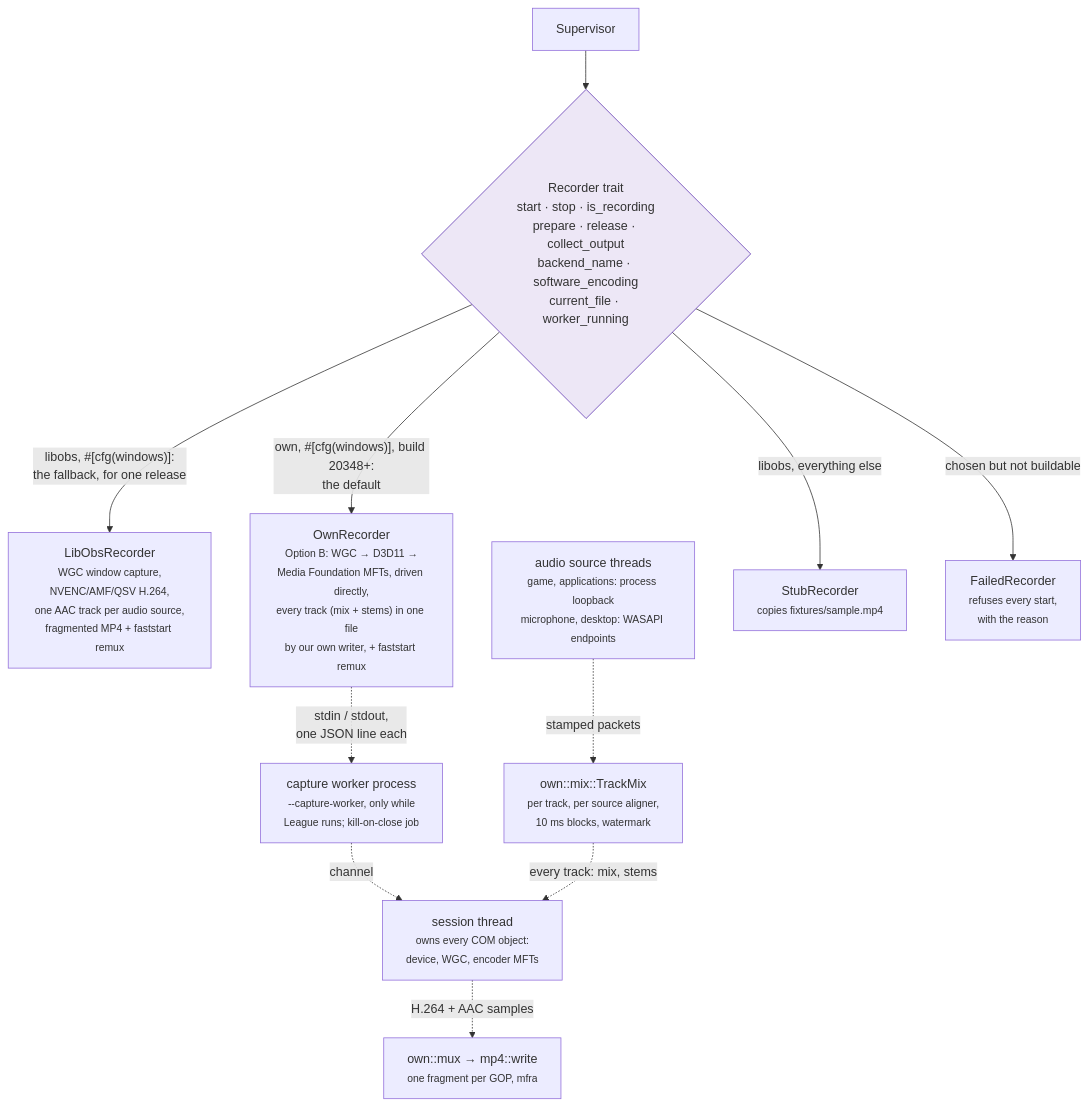
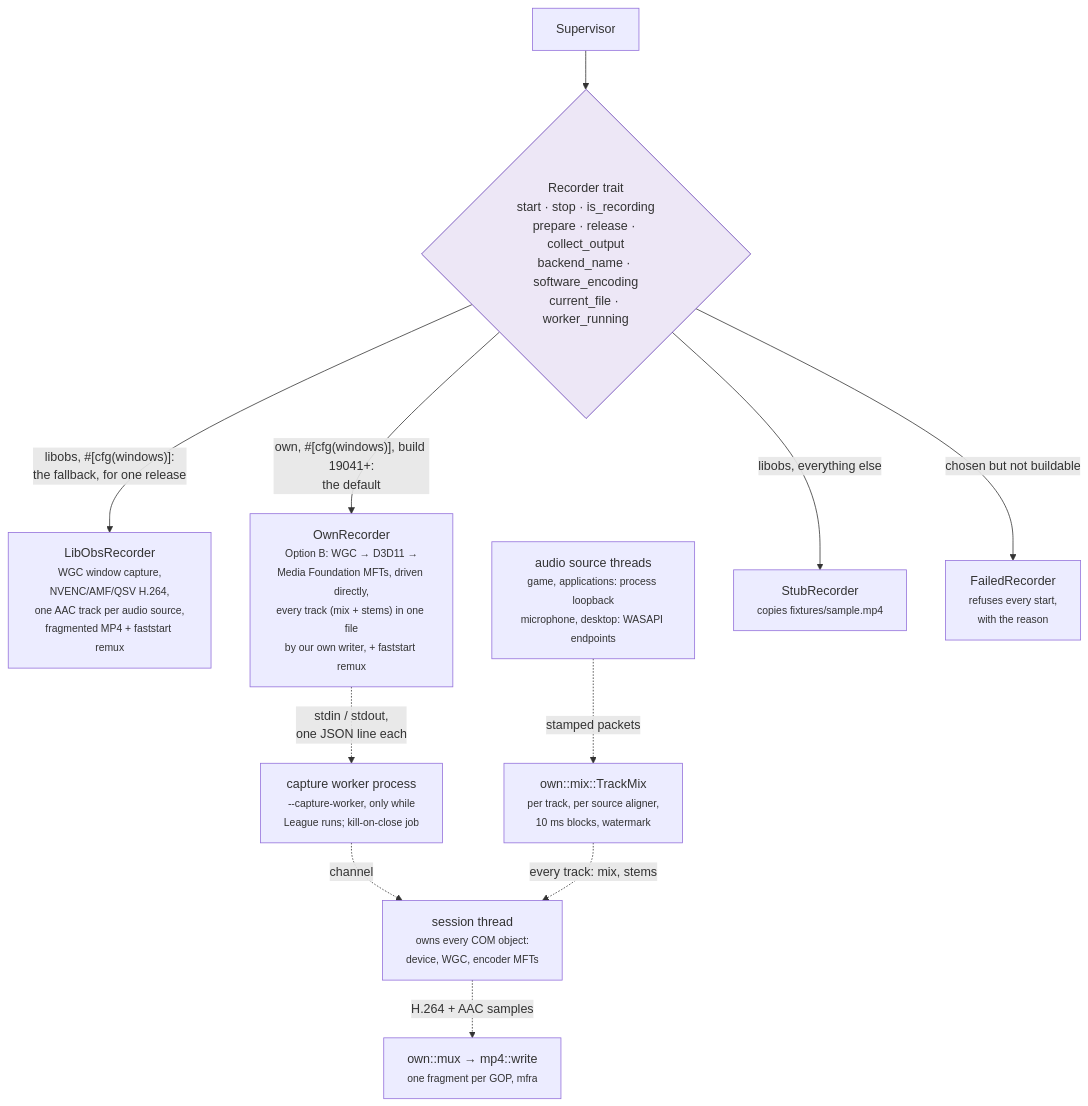
One commit to NinjaGoldfinch/ninja-recorder changed the third of 10 diagrams in docs/architecture.md. Above: the diagram before and after it, drawn with Mermaid. The commit also changed other lines of this file and 8 other files, not shown here.

First line of the commit message:
docs(recorder): follow the own backend's floor down to 19041

````diff
--- a/docs/architecture.md
+++ b/docs/architecture.md
@@ -165,14 +165,14 @@
 ```mermaid
 flowchart TB
     SUP["Supervisor"] --> T{"Recorder trait<br/>start · stop · is_recording<br/>prepare · release · collect_output<br/>backend_name · software_encoding<br/>current_file · worker_running"}
     T -->|"libobs, #[cfg(windows)]:<br/>the fallback, for one release"| L["LibObsRecorder<br/><small>WGC window capture,<br/>NVENC/AMF/QSV H.264,<br/>one AAC track per audio source,<br/>fragmented MP4 + faststart remux</small>"]
-    T -->|"own, #[cfg(windows)], build 20348+:<br/>the default"| O["OwnRecorder<br/><small>Option B: WGC → D3D11 →<br/>Media Foundation MFTs, driven directly,<br/>every track (mix + stems) in one file<br/>by our own writer, + faststart remux</small>"]
+    T -->|"own, #[cfg(windows)], build 19041+:<br/>the default"| O["OwnRecorder<br/><small>Option B: WGC → D3D11 →<br/>Media Foundation MFTs, driven directly,<br/>every track (mix + stems) in one file<br/>by our own writer, + faststart remux</small>"]
     O -.->|"stdin / stdout,<br/>one JSON line each"| WK["capture worker process<br/><small>--capture-worker, only while<br/>League runs; kill-on-close job</small>"]
     WK -.->|"channel"| SES["session thread<br/><small>owns every COM object:<br/>device, WGC, encoder MFTs</small>"]
     AUD["audio source threads<br/><small>game, applications: process loopback<br/>microphone, desktop: WASAPI endpoints</small>"] -.->|"stamped packets"| MIX["own::mix::TrackMix<br/><small>per track, per source aligner,<br/>10 ms blocks, watermark</small>"]
     MIX -.->|"every track: mix, stems"| SES
     SES -.->|"H.264 + AAC samples"| MUX["own::mux → mp4::write<br/><small>one fragment per GOP, mfra</small>"]
     T -->|"libobs, everything else"| S["StubRecorder<br/><small>copies fixtures/sample.mp4</small>"]
     T -->|"chosen but not buildable"| F["FailedRecorder<br/><small>refuses every start,<br/>with the reason</small>"]
     style T fill:#ede7f6,stroke:#5e35b1
 ```
````
